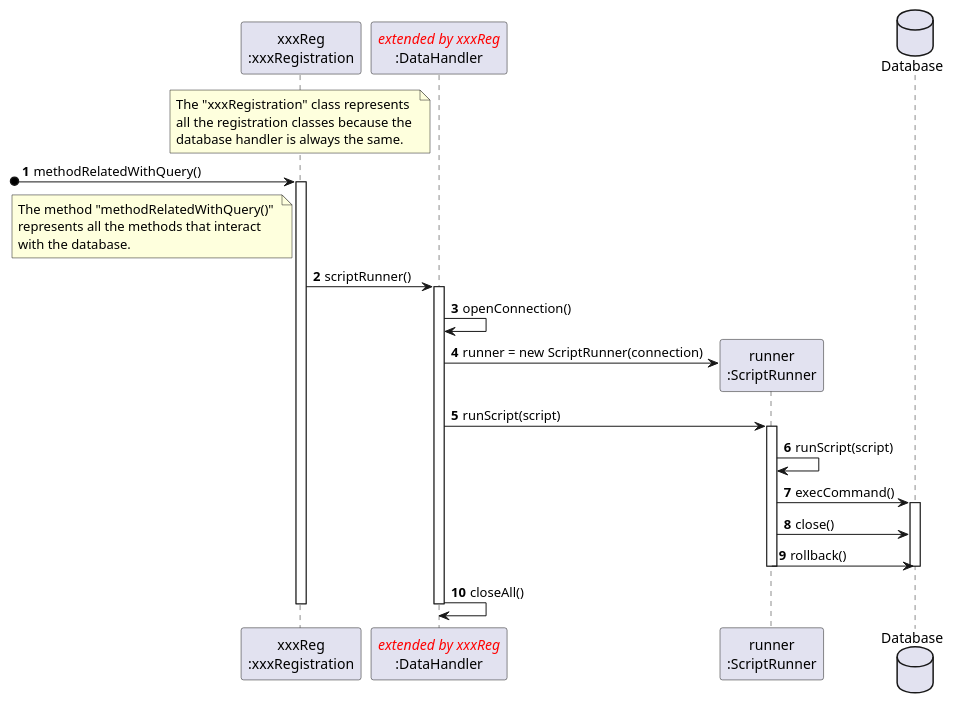
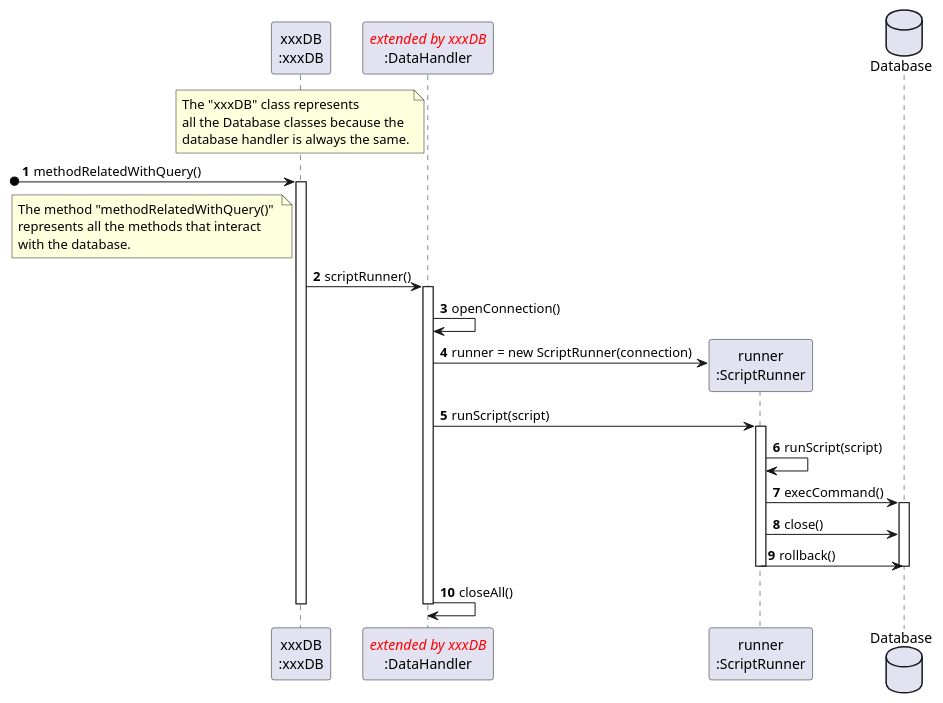
One commit to tiagoavcosta25/LAPR3 changed the diagram in docs/Iteration 3/SD_CONNECTIONS.puml. Above: the diagram before and after it, drawn with PlantUML. The commit also changed 7 other files, not shown here.

```diff
--- a/docs/Iteration 3/SD_CONNECTIONS.puml
+++ b/docs/Iteration 3/SD_CONNECTIONS.puml
@@ -1,28 +1,28 @@
 @startuml
 autonumber
-participant "xxxReg\n:xxxRegistration" as REG
-participant "//<color #red>extended by xxxReg//\n:DataHandler" as DH
+participant "xxxDB\n:xxxDB" as XDB
+participant "//<color #red>extended by xxxDB//\n:DataHandler" as DH
 participant "runner\n:ScriptRunner" as SR
 database "Database" as DB
 
-note over REG : The "xxxRegistration" class represents\nall the registration classes because the \ndatabase handler is always the same.
-[o-> REG : methodRelatedWithQuery()
-note left REG : The method "methodRelatedWithQuery()" \nrepresents all the methods that interact\nwith the database.
-activate REG
-REG -> DH : scriptRunner()
+note over XDB : The "xxxDB" class represents\nall the Database classes because the \ndatabase handler is always the same.
+[o-> XDB : methodRelatedWithQuery()
+note left XDB : The method "methodRelatedWithQuery()" \nrepresents all the methods that interact\nwith the database.
+activate XDB
+XDB -> DH : scriptRunner()
 activate DH
 DH -> DH : openConnection()
 DH -> SR** : runner = new ScriptRunner(connection)
 DH -> SR : runScript(script)
 activate SR
 SR -> SR : runScript(script)
 SR -> DB : execCommand()
 activate DB
 SR -> DB : close()
 SR -> DB : rollback()
 deactivate DB
 deactivate SR
 DH -> DH : closeAll()
 deactivate DH
-deactivate REG
+deactivate XDB
 @enduml
```
